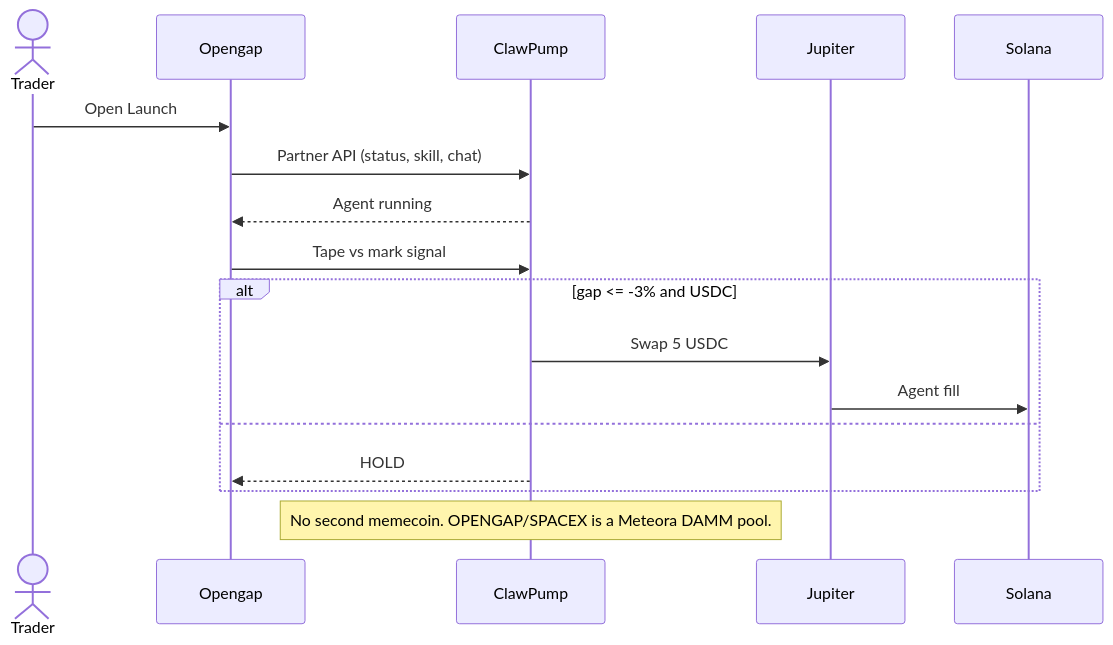
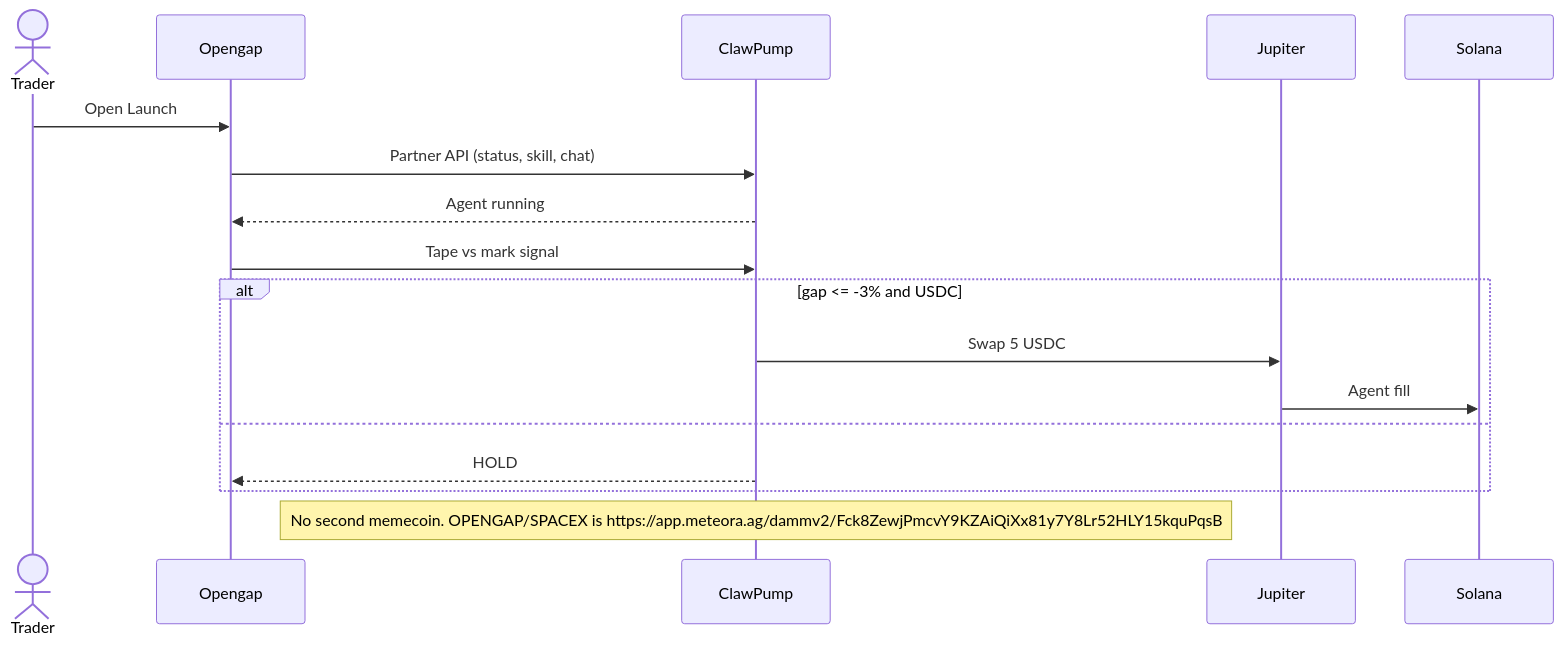
The seventh of 8 diagrams in README.md (AmaanSayyad/OpenGap), drawn with Mermaid before and after one commit. The commit also changed other lines of this file and 5 other files, not shown here.

First line of the commit message:
Send every Meteora click to the DAMM v2 OPENGAP/SPACEX pool.

````diff
--- a/README.md
+++ b/README.md
@@ -259,20 +261,20 @@
 ```mermaid
 sequenceDiagram
   actor Trader
   participant App as Opengap
   participant Claw as ClawPump
   participant Jup as Jupiter
   participant Sol as Solana
 
   Trader->>App: Open Launch
   App->>Claw: Partner API (status, skill, chat)
   Claw-->>App: Agent running
   App->>Claw: Tape vs mark signal
   alt gap <= -3% and USDC
     Claw->>Jup: Swap 5 USDC
     Jup->>Sol: Agent fill
   else
     Claw-->>App: HOLD
   end
-  Note over Claw: No second memecoin. OPENGAP/SPACEX is a Meteora DAMM pool.
+  Note over Claw: No second memecoin. OPENGAP/SPACEX is https://app.meteora.ag/dammv2/Fck8ZewjPmcvY9KZAiQiXx81y7Y8Lr52HLY15kquPqsB
 ```
````
